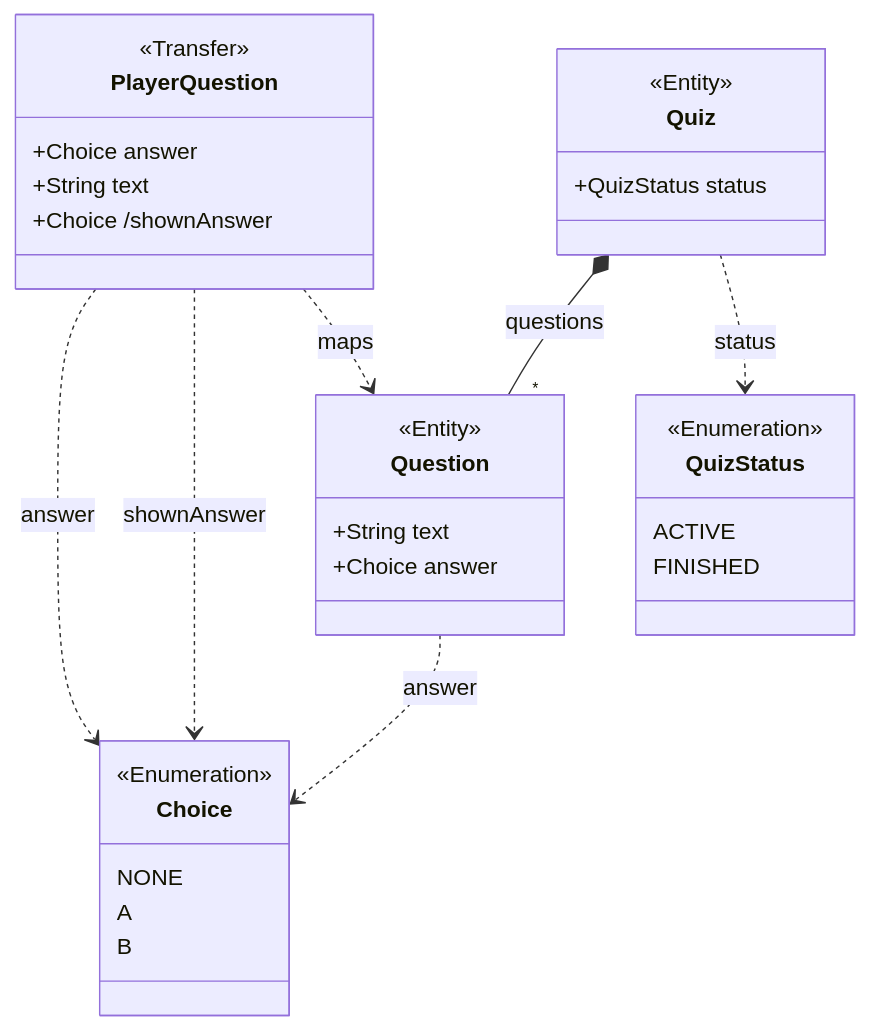
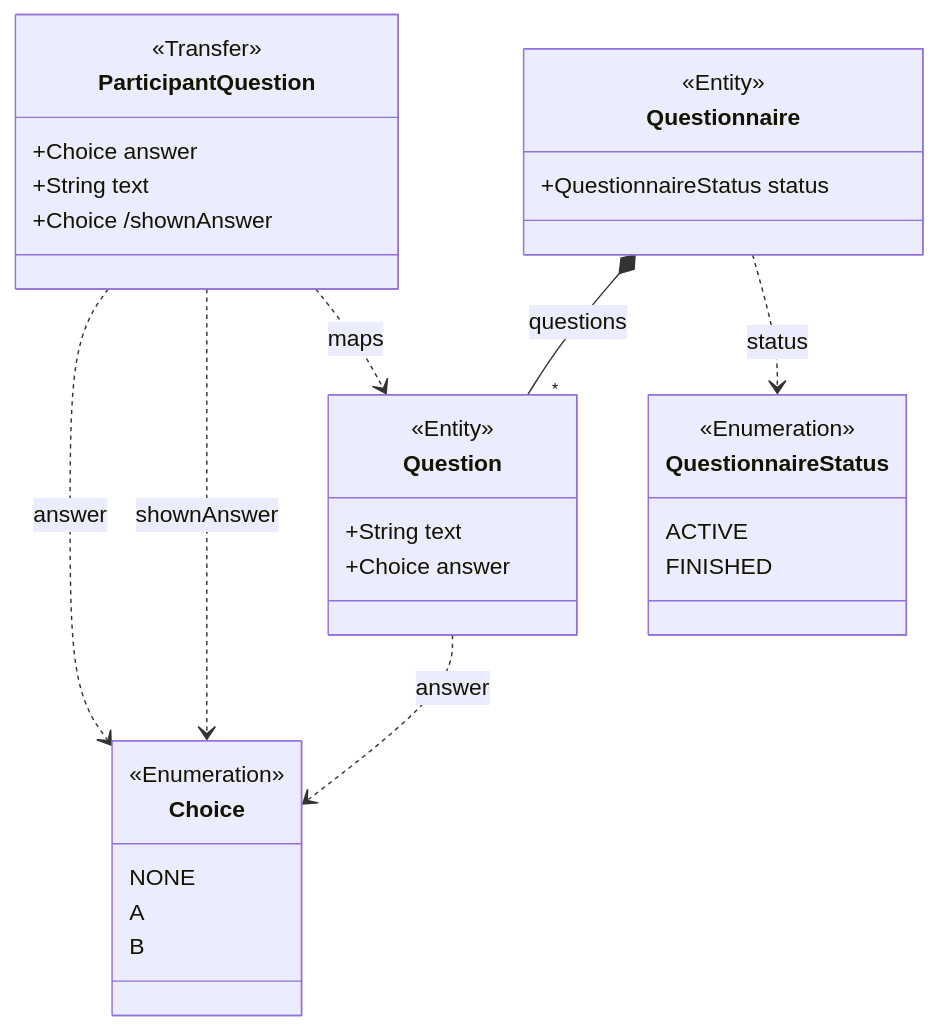
Before and after one commit to BlackBeltTechnology/judo-blueprint: the diagram in catalog/best-practices/model/conditional-visibility-getter.md, drawn with Mermaid. The commit also changed other lines of this file and 538 other files, not shown here.

````diff
--- a/catalog/best-practices/model/conditional-visibility-getter.md
+++ b/catalog/best-practices/model/conditional-visibility-getter.md
@@ -54,35 +54,35 @@
 ```mermaid
 classDiagram
   class Choice {
     <<Enumeration>>
     NONE
     A
     B
   }
-  class PlayerQuestion {
+  class ParticipantQuestion {
     <<Transfer>>
     +Choice answer
     +String text
     +Choice /shownAnswer
   }
   class Question {
     <<Entity>>
     +String text
     +Choice answer
   }
-  class Quiz {
+  class Questionnaire {
     <<Entity>>
-    +QuizStatus status
+    +QuestionnaireStatus status
   }
-  class QuizStatus {
+  class QuestionnaireStatus {
     <<Enumeration>>
     ACTIVE
     FINISHED
   }
-  PlayerQuestion ..> Choice : answer
-  PlayerQuestion ..> Choice : shownAnswer
-  PlayerQuestion ..> Question : maps
+  ParticipantQuestion ..> Choice : answer
+  ParticipantQuestion ..> Choice : shownAnswer
+  ParticipantQuestion ..> Question : maps
   Question ..> Choice : answer
-  Quiz *-- "*" Question : questions
-  Quiz ..> QuizStatus : status
+  Questionnaire *-- "*" Question : questions
+  Questionnaire ..> QuestionnaireStatus : status
 ```
````
